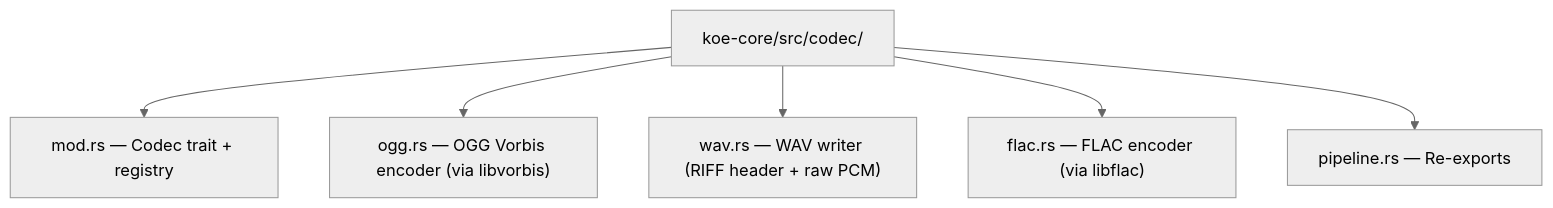
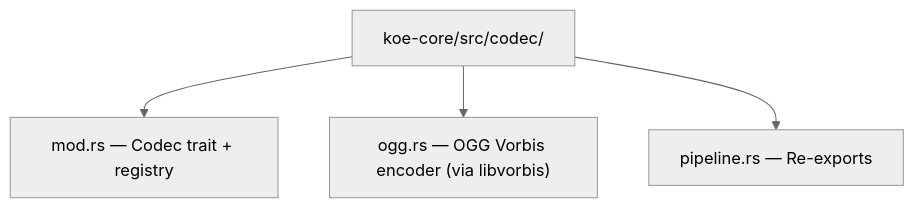
The second of 2 diagrams in koe/docs/spec/11-data-formats.md (pranc1ngpegasus/labs), drawn with Mermaid (neutral theme) before and after one commit. The commit also changed other lines of this file and 33 other files, not shown here.

First line of the commit message:
refactor(koe): descope FLAC/WAV output formats (#10)

````diff
--- a/koe/docs/spec/11-data-formats.md
+++ b/koe/docs/spec/11-data-formats.md
@@ -110,15 +70,11 @@
 ```mermaid
 graph TD
     CODEC["koe-core/src/codec/"]
     MOD["mod.rs — Codec trait + registry"]
     OGG["ogg.rs — OGG Vorbis encoder (via libvorbis)"]
-    WAV["wav.rs — WAV writer (RIFF header + raw PCM)"]
-    FLAC["flac.rs — FLAC encoder (via libflac)"]
     PL["pipeline.rs — Re-exports"]
 
     CODEC --> MOD
     CODEC --> OGG
-    CODEC --> WAV
-    CODEC --> FLAC
     CODEC --> PL
 ```
````
